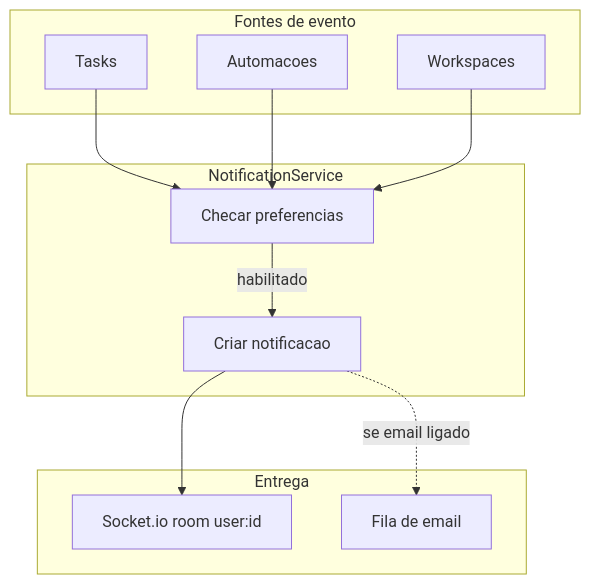
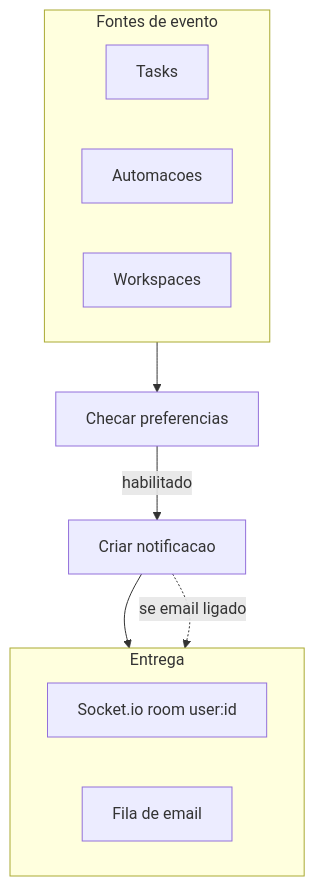
Diagram 11 of 15 in BOOK.pt-BR.md (felipefontoura/spec-driven-development-book), drawn with Mermaid before and after one commit. The commit also changed other lines of this file and 1 other file, not shown here.

````diff
--- a/BOOK.pt-BR.md
+++ b/BOOK.pt-BR.md
@@ -2762,29 +2696,27 @@
 ```mermaid
 flowchart TB
     subgraph FONTES["Fontes de evento"]
+        direction LR
         T[Tasks]
         A[Automacoes]
         W[Workspaces]
     end
 
-    subgraph NS["NotificationService"]
-        CHECK[Checar preferencias]
-        CREATE[Criar notificacao]
-    end
+    CHECK[Checar preferencias]
+    CREATE[Criar notificacao]
 
     subgraph ENTREGA["Entrega"]
+        direction LR
         WS[Socket.io room user:id]
         EM[Fila de email]
     end
 
-    T --> CHECK
-    A --> CHECK
-    W --> CHECK
+    FONTES --> CHECK
     CHECK -->|habilitado| CREATE
     CREATE --> WS
     CREATE -.->|se email ligado| EM
 
     class CHECK,CREATE accent;
     class WS,EM soft;
     class T,A,W neutral;
 ```
````
